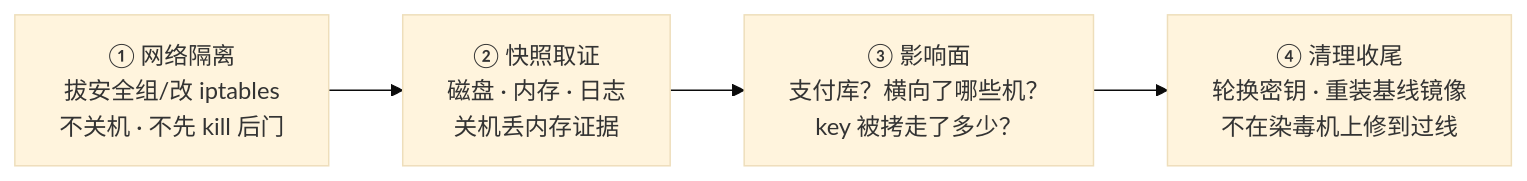
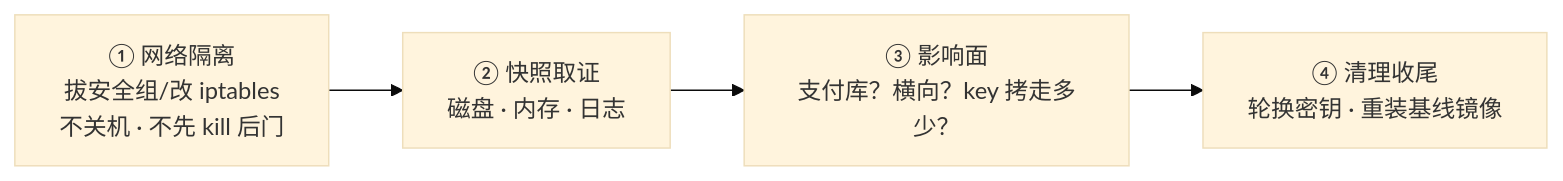
One commit to ml-cuizijun/LearnToLilith changed the fifth of 6 diagrams in 01-基础底座/27-Linux安全加固/知识点.md. Above: the diagram before and after it, drawn with Mermaid (base theme). The commit also changed other lines of this file and 178 other files, not shown here.

````diff
--- a/01-基础底座/27-Linux安全加固/知识点.md
+++ b/01-基础底座/27-Linux安全加固/知识点.md
@@ -610,6 +584,6 @@
 ```mermaid
 flowchart LR
-    A["① 网络隔离<br/>拔安全组/改 iptables<br/>不关机 · 不先 kill 后门"] --> B["② 快照取证<br/>磁盘 · 内存 · 日志<br/>关机丢内存证据"]
-    B --> C["③ 影响面<br/>支付库？横向了哪些机？<br/>key 被拷走了多少？"]
-    C --> D["④ 清理收尾<br/>轮换密钥 · 重装基线镜像<br/>不在染毒机上修到过线"]
+    A["① 网络隔离<br/>拔安全组/改 iptables<br/>不关机 · 不先 kill 后门"] --> B["② 快照取证<br/>磁盘 · 内存 · 日志"]
+    B --> C["③ 影响面<br/>支付库？横向？key 拷走多少？"]
+    C --> D["④ 清理收尾<br/>轮换密钥 · 重装基线镜像"]
 ```
````
